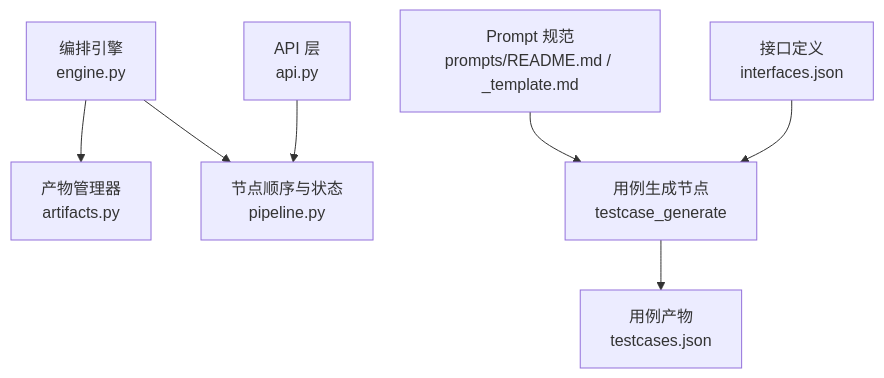
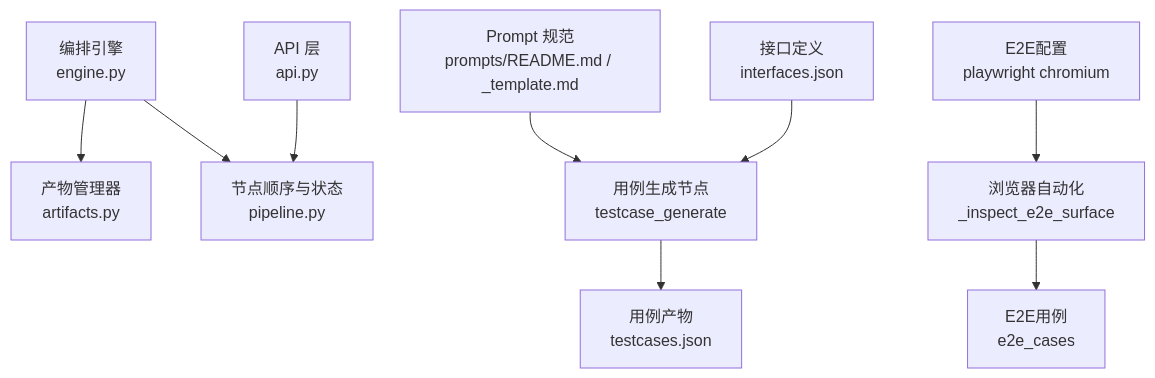
The first of 5 diagrams in .qoder/repowiki/zh/content/流水线工作流/用例生成节点.md (Joeyzheng001/LLM-AutoTest), drawn with Mermaid before and after one commit. The commit also changed other lines of this file and 94 other files, not shown here.

````diff
--- a/.qoder/repowiki/zh/content/流水线工作流/用例生成节点.md
+++ b/.qoder/repowiki/zh/content/流水线工作流/用例生成节点.md
@@ -38,9 +51,11 @@
 ```mermaid
 graph TB
 A["编排引擎<br/>engine.py"] --> B["产物管理器<br/>artifacts.py"]
 A --> C["节点顺序与状态<br/>pipeline.py"]
 D["API 层<br/>api.py"] --> C
 E["Prompt 规范<br/>prompts/README.md / _template.md"] --> F["用例生成节点<br/>testcase_generate"]
 F --> G["用例产物<br/>testcases.json"]
 H["接口定义<br/>interfaces.json"] --> F
+I["E2E配置<br/>playwright chromium"] --> J["浏览器自动化<br/>_inspect_e2e_surface"]
+J --> K["E2E用例<br/>e2e_cases"]
 ```
````
